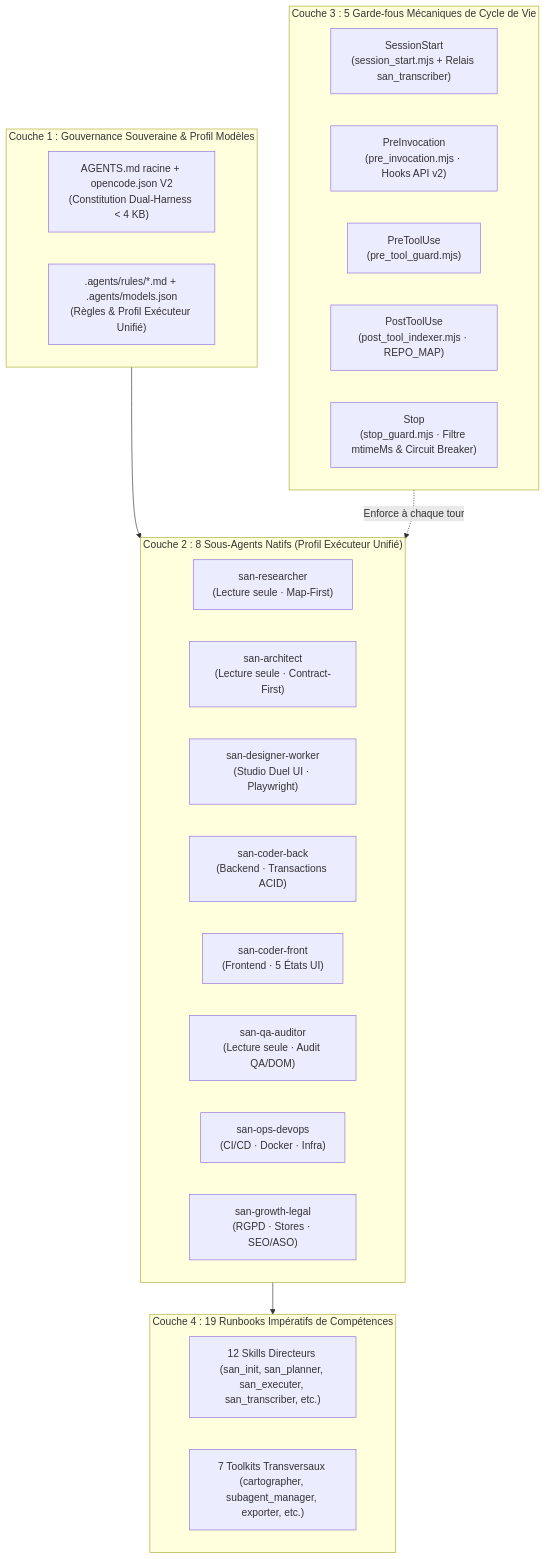
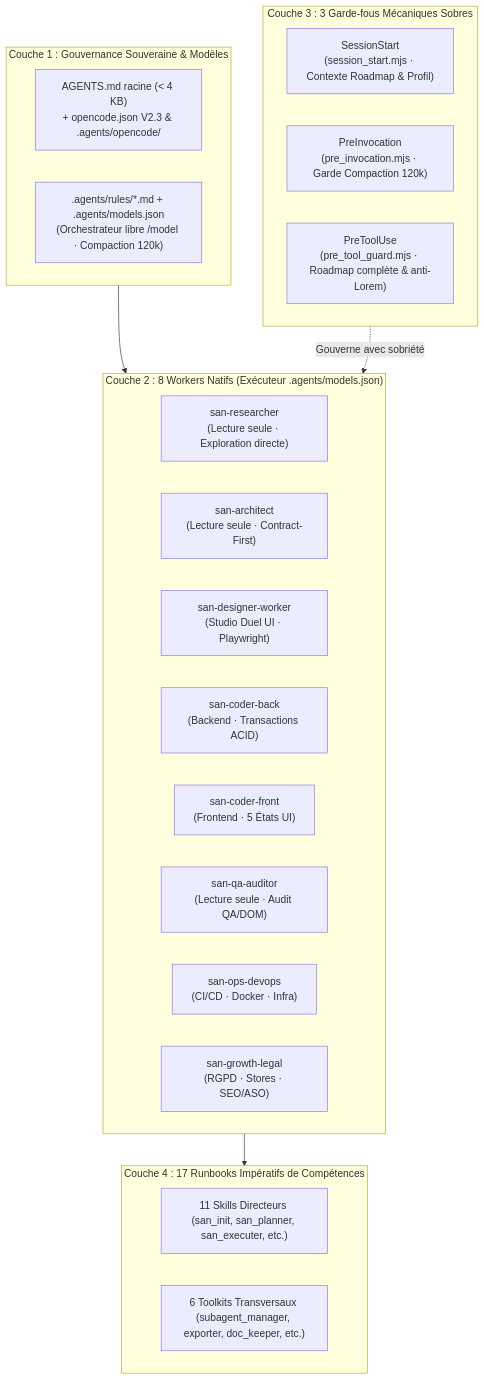
The diagram in README.md (alexsan-dev/san_agy_framework), drawn with Mermaid before and after one commit. The commit also changed other lines of this file and 32 other files, not shown here.

Commit message:
feat(v3.0.0): rebrand to san_ai_harness, decouple models, add OpenCode Swarm Board plugin & replace cache/map with 120k compaction

````diff
--- a/README.md
+++ b/README.md
@@ -46,35 +51,33 @@
 ```mermaid
 flowchart TD
-    subgraph L1["Couche 1 : Gouvernance Souveraine & Profil Modèles"]
-        C1A["AGENTS.md racine + opencode.json V2<br/>(Constitution Dual-Harness < 4 KB)"]
-        C1B[".agents/rules/*.md + .agents/models.json<br/>(Règles & Profil Exécuteur Unifié)"]
+    subgraph L1["Couche 1 : Gouvernance Souveraine & Modèles"]
+        C1A["AGENTS.md racine (< 4 KB)<br/>+ opencode.json V2.3 & .agents/opencode/"]
+        C1B[".agents/rules/*.md + .agents/models.json<br/>(Orchestrateur libre /model · Compaction 120k)"]
     end
 
-    subgraph L2["Couche 2 : 8 Sous-Agents Natifs (Profil Exécuteur Unifié)"]
-        C2A["san-researcher<br/>(Lecture seule · Map-First)"]
+    subgraph L2["Couche 2 : 8 Workers Natifs (Exécuteur .agents/models.json)"]
+        C2A["san-researcher<br/>(Lecture seule · Exploration directe)"]
         C2B["san-architect<br/>(Lecture seule · Contract-First)"]
         C2C["san-designer-worker<br/>(Studio Duel UI · Playwright)"]
         C2D["san-coder-back<br/>(Backend · Transactions ACID)"]
         C2E["san-coder-front<br/>(Frontend · 5 États UI)"]
         C2F["san-qa-auditor<br/>(Lecture seule · Audit QA/DOM)"]
         C2G["san-ops-devops<br/>(CI/CD · Docker · Infra)"]
         C2H["san-growth-legal<br/>(RGPD · Stores · SEO/ASO)"]
     end
 
-    subgraph L3["Couche 3 : 5 Garde-fous Mécaniques de Cycle de Vie"]
-        C3A["SessionStart<br/>(session_start.mjs + Relais san_transcriber)"]
-        C3B["PreInvocation<br/>(pre_invocation.mjs · Hooks API v2)"]
-        C3C["PreToolUse<br/>(pre_tool_guard.mjs)"]
-        C3D["PostToolUse<br/>(post_tool_indexer.mjs · REPO_MAP)"]
-        C3E["Stop<br/>(stop_guard.mjs · Filtre mtimeMs & Circuit Breaker)"]
+    subgraph L3["Couche 3 : 3 Garde-fous Mécaniques Sobres"]
+        C3A["SessionStart<br/>(session_start.mjs · Contexte Roadmap & Profil)"]
+        C3B["PreInvocation<br/>(pre_invocation.mjs · Garde Compaction 120k)"]
+        C3C["PreToolUse<br/>(pre_tool_guard.mjs · Roadmap complète & anti-Lorem)"]
     end
 
-    subgraph L4["Couche 4 : 19 Runbooks Impératifs de Compétences"]
-        C4A["12 Skills Directeurs (san_init, san_planner, san_executer, san_transcriber, etc.)"]
-        C4B["7 Toolkits Transversaux (cartographer, subagent_manager, exporter, etc.)"]
+    subgraph L4["Couche 4 : 17 Runbooks Impératifs de Compétences"]
+        C4A["11 Skills Directeurs (san_init, san_planner, san_executer, etc.)"]
+        C4B["6 Toolkits Transversaux (subagent_manager, exporter, doc_keeper, etc.)"]
     end
 
     L1 --> L2
-    L3 -.->|Enforce à chaque tour| L2
+    L3 -.->|Gouverne avec sobriété| L2
     L2 --> L4
 ```
````
